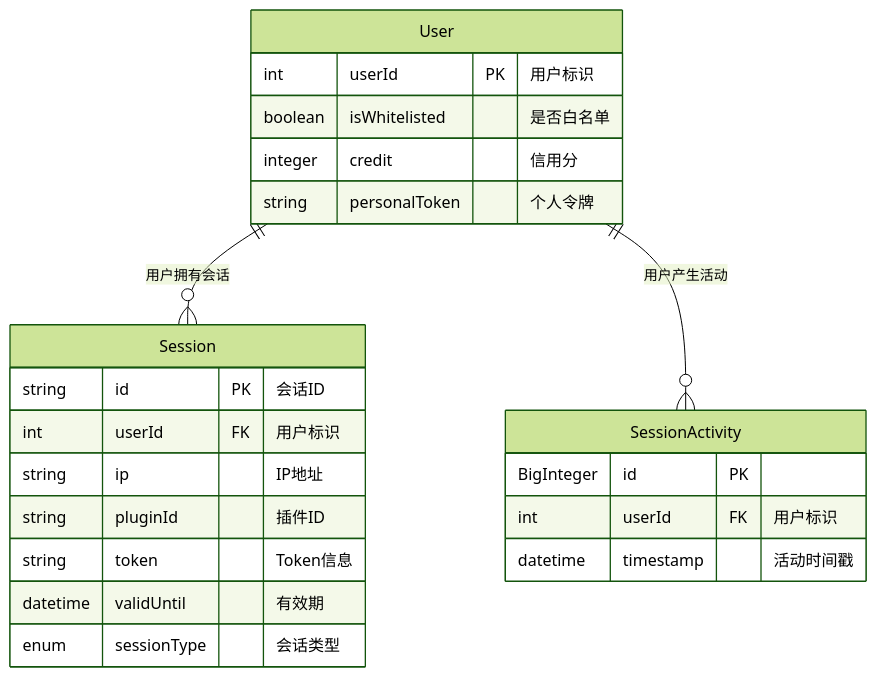
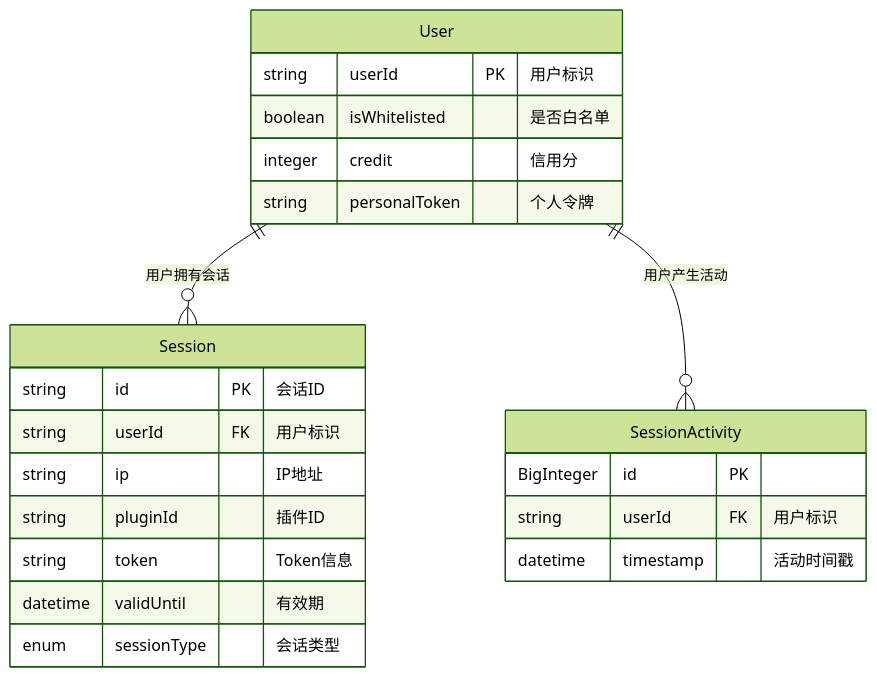
The second of 3 diagrams in design/services/session.md (openeuler-mirror/euler-copilot-framework), drawn with Mermaid (forest theme) before and after one commit. The commit also changed other lines of this file and 18 other files, not shown here.

````diff
--- a/design/services/session.md
+++ b/design/services/session.md
@@ -123,28 +123,28 @@
 ```mermaid
 erDiagram
     User ||--o{ Session : "用户拥有会话"
     User ||--o{ SessionActivity : "用户产生活动"
     
     User {
-        int userId PK "用户标识"
+        string userId PK "用户标识"
         boolean isWhitelisted "是否白名单"
         integer credit "信用分"
         string personalToken "个人令牌"
     }
     
     Session {
         string id PK "会话ID"
-        int userId FK "用户标识"
+        string userId FK "用户标识"
         string ip "IP地址"
         string pluginId "插件ID"
         string token "Token信息"
         datetime validUntil "有效期"
         enum sessionType "会话类型"
     }
     
     SessionActivity {
         BigInteger id PK
-        int userId FK "用户标识"
+        string userId FK "用户标识"
         datetime timestamp "活动时间戳"
     }
 ```
````
